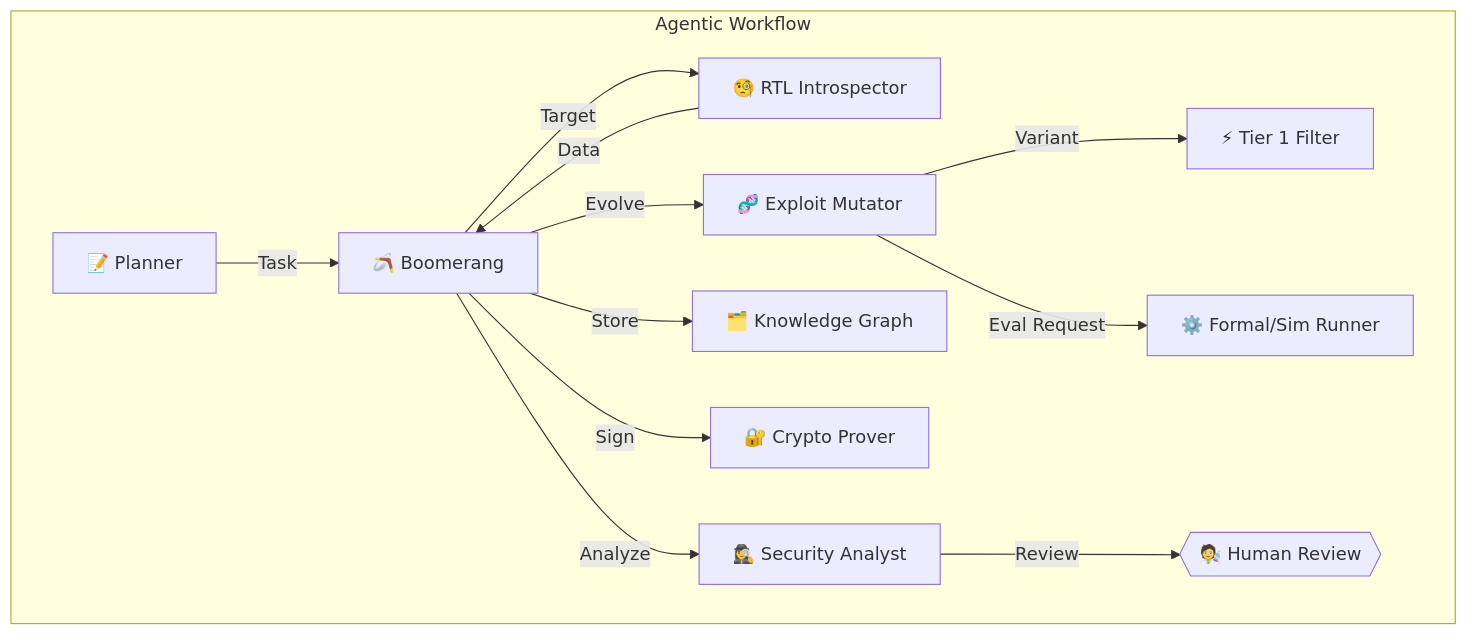
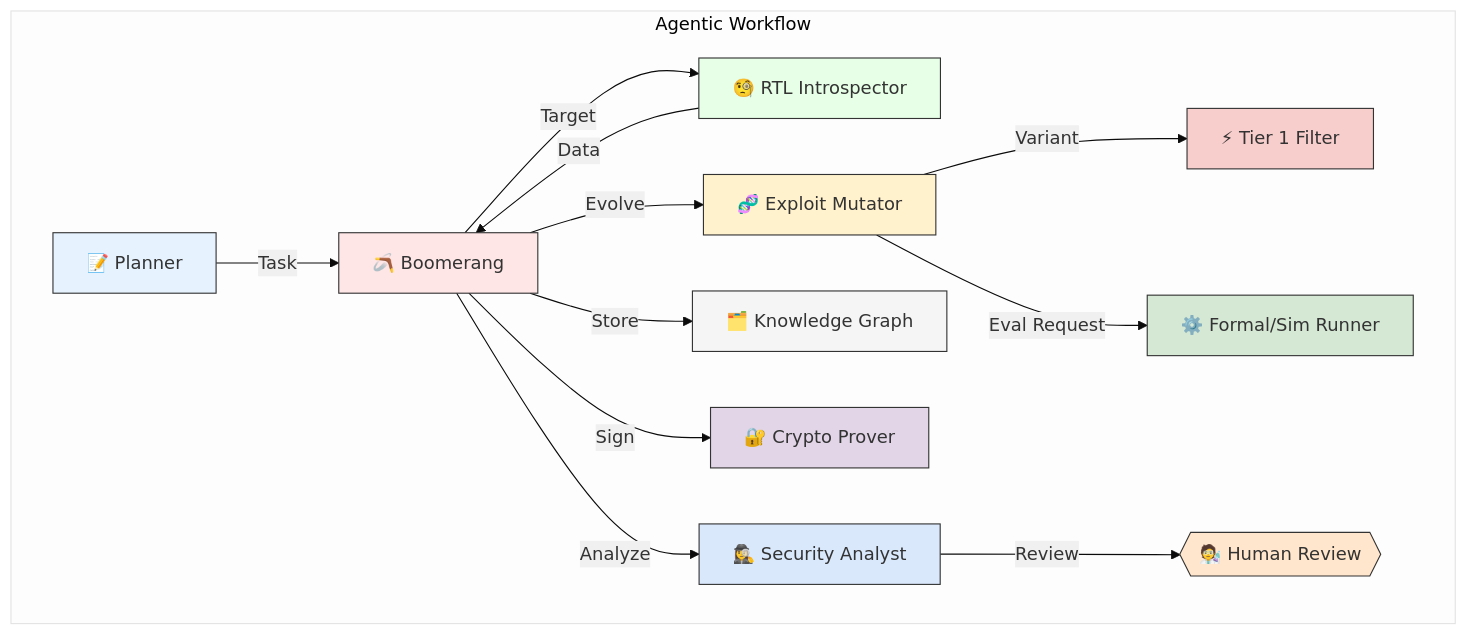
Before and after one commit to grahama1970/draper: the first of 2 diagrams in draper_exploit_evo/README.md, drawn with Mermaid. The commit also changed other lines of this file and 5 other files, not shown here.

````diff
--- a/draper_exploit_evo/README.md
+++ b/draper_exploit_evo/README.md
@@ -58,18 +58,30 @@
 ```mermaid
+%%{init: {'theme': 'base', 'themeVariables': { 'primaryColor': '#f0f0f0'}}}%%
 graph TD
     subgraph "Agentic Workflow"
-        Planner["📝 Planner"] -->|Task| Boomerang["🪃 Boomerang"]
-        Boomerang -->|Target| RTLIntrospector["🧐 RTL Introspector"]
+        Planner["📝 Planner"]:::planner -->|Task| Boomerang["🪃 Boomerang"]:::boomerang
+        Boomerang -->|Target| RTLIntrospector["🧐 RTL Introspector"]:::rtl
         RTLIntrospector -->|Data| Boomerang
         
-        Boomerang -->|Evolve| Mutator["🧬 Exploit Mutator"]
-        Mutator -->|Variant| Tier1Filter["⚡ Tier 1 Filter"]
-        Mutator -->|Eval Request| FormalSimRunner["⚙️ Formal/Sim Runner"]
+        Boomerang -->|Evolve| Mutator["🧬 Exploit Mutator"]:::mutator
+        Mutator -->|Variant| Tier1Filter["⚡ Tier 1 Filter"]:::filter
+        Mutator -->|Eval Request| FormalSimRunner["⚙️ Formal/Sim Runner"]:::runner
         
-        Boomerang -->|Store| ArangoDB["🗂️ Knowledge Graph"]
-        Boomerang -->|Sign| CryptoProver["🔐 Crypto Prover"]
+        Boomerang -->|Store| ArangoDB["🗂️ Knowledge Graph"]:::db
+        Boomerang -->|Sign| CryptoProver["🔐 Crypto Prover"]:::crypto
         
-        Boomerang -->|Analyze| Analyst["🕵️‍♀️ Security Analyst"]
-        Analyst -->|Review| Human{{"🧑‍🔬 Human Review"}}
+        Boomerang -->|Analyze| Analyst["🕵️‍♀️ Security Analyst"]:::analyst
+        Analyst -->|Review| Human{{"🧑‍🔬 Human Review"}}:::human
     end
+
+    classDef planner fill:#e6f3ff,stroke:#333
+    classDef boomerang fill:#ffe6e6,stroke:#333
+    classDef rtl fill:#e6ffe6,stroke:#333
+    classDef mutator fill:#fff2cc,stroke:#333
+    classDef filter fill:#f8cecc,stroke:#333
+    classDef runner fill:#d5e8d4,stroke:#333
+    classDef db fill:#f5f5f5,stroke:#333
+    classDef crypto fill:#e1d5e7,stroke:#333
+    classDef analyst fill:#dae8fc,stroke:#333
+    classDef human fill:#ffe6cc,stroke:#333
 ```
````
